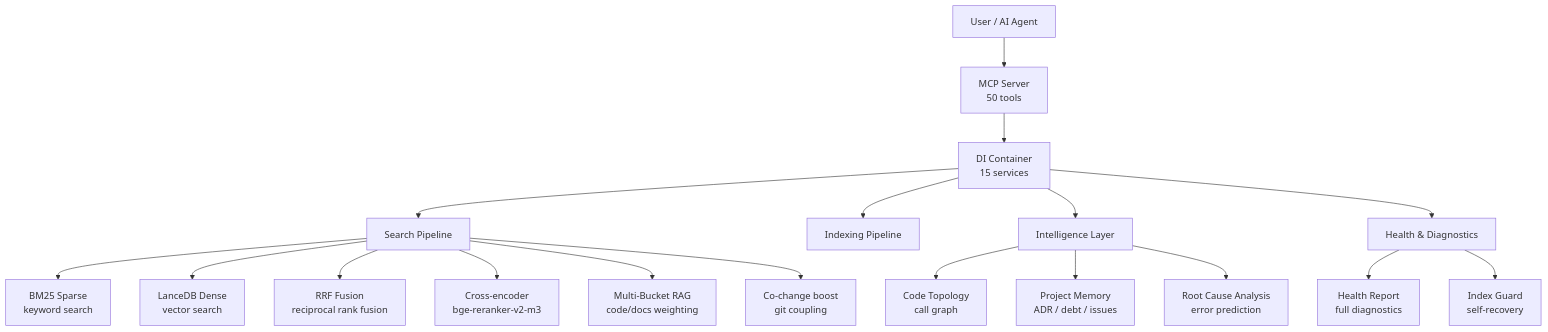
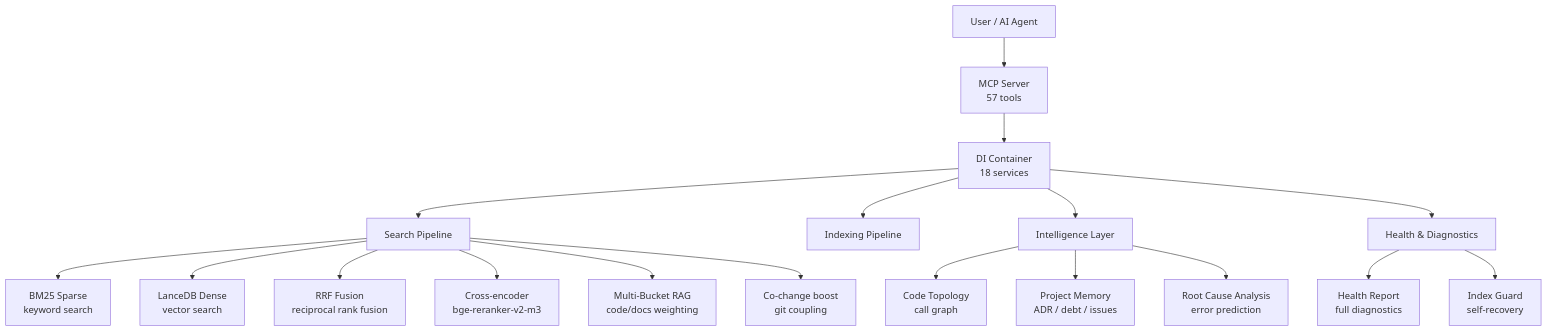
Before and after one commit to ManSio/mscodebase-intelligence: the first of 8 diagrams in docs/ru/ARCHITECTURE_DEEP.md, drawn with Mermaid. The commit also changed other lines of this file and 33 other files, not shown here.

First line of the commit message:
v3.2.0 Graph-Native Engine: PropertyGraph + Cypher + Route extraction

````diff
--- a/docs/ru/ARCHITECTURE_DEEP.md
+++ b/docs/ru/ARCHITECTURE_DEEP.md
@@ -7,23 +10,23 @@
 ```mermaid
 flowchart TD
-    User[User / AI Agent] --> MCP[MCP Server\n50 tools]
-    MCP --> DI[DI Container\n15 services]
+    User[User / AI Agent] --> MCP[MCP Server\n57 tools]
+    MCP --> DI[DI Container\n18 services]
     DI --> Search[Search Pipeline]
     DI --> Index[Indexing Pipeline]
     DI --> Intel[Intelligence Layer]
     DI --> Health[Health & Diagnostics]
     
     Search --> BM25[BM25 Sparse\nkeyword search]
     Search --> Dense[LanceDB Dense\nvector search]
     Search --> RRF[RRF Fusion\nreciprocal rank fusion]
     Search --> Rerank[Cross-encoder\nbge-reranker-v2-m3]
     Search --> Bucket[Multi-Bucket RAG\ncode/docs weighting]
     Search --> CoChange[Co-change boost\ngit coupling]
     
     Intel --> Topology[Code Topology\ncall graph]
     Intel --> Memory[Project Memory\nADR / debt / issues]
     Intel --> RCA[Root Cause Analysis\nerror prediction]
     
     Health --> Report[Health Report\nfull diagnostics]
     Health --> Guard[Index Guard\nself-recovery]
 ```
````
